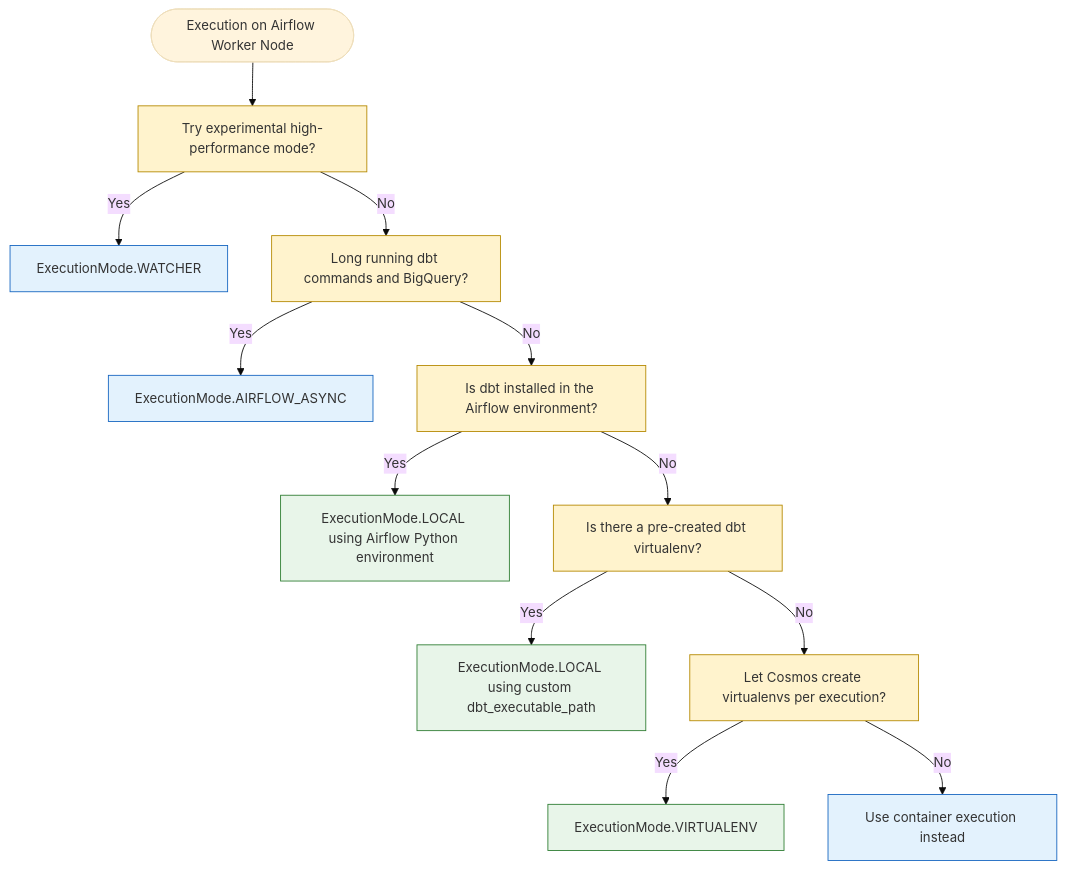
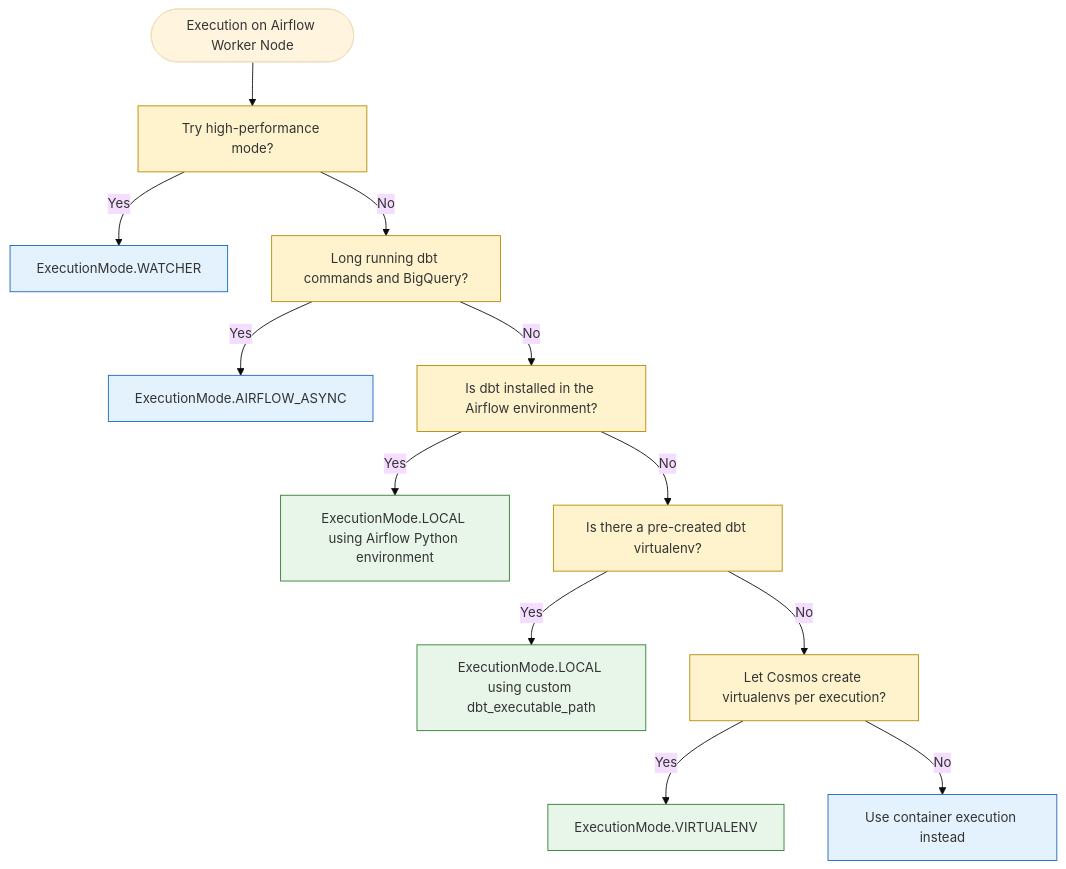
One commit to astronomer/astronomer-cosmos changed the second of 3 diagrams in docs/guides/run_dbt/execution-modes.rst. Above: the diagram before and after it, drawn with Mermaid. The commit also changed other lines of this file and 4 other files, not shown here.

```diff
--- a/docs/guides/run_dbt/execution-modes.rst
+++ b/docs/guides/run_dbt/execution-modes.rst
@@ -89,47 +89,47 @@
 .. mermaid::
 
     %%{init: {'theme':'base', 'themeVariables': { 'fontSize': '15px'}}}%%
     flowchart TD
 
       A([Execution on Airflow Worker Node])
 
-      B[Try experimental high-performance mode?]
+      B[Try high-performance mode?]
       C[ExecutionMode.WATCHER]
 
       D[Long running dbt commands and BigQuery?]
       E[ExecutionMode.AIRFLOW_ASYNC]
 
       F[Is dbt installed in the Airflow environment?]
       G[ExecutionMode.LOCAL using Airflow Python environment]
 
       H[Is there a pre-created dbt virtualenv?]
       I[ExecutionMode.LOCAL using custom dbt_executable_path]
 
       J[Let Cosmos create virtualenvs per execution?]
       K[ExecutionMode.VIRTUALENV]
 
       L[Use container execution instead]
 
       A --> B
       B -->|Yes| C
       B -->|No| D
 
       D -->|Yes| E
       D -->|No| F
 
       F -->|Yes| G
       F -->|No| H
 
       H -->|Yes| I
       H -->|No| J
 
       J -->|Yes| K
       J -->|No| L
 
       classDef decision fill:#fff3cd,stroke:#b58900,color:#333
       classDef action fill:#e8f5e9,stroke:#2e7d32,color:#333
       classDef result fill:#e3f2fd,stroke:#1565c0,color:#333
 
       class B,D,F,H,J decision
       class G,I,K action
       class C,E,L result
```
